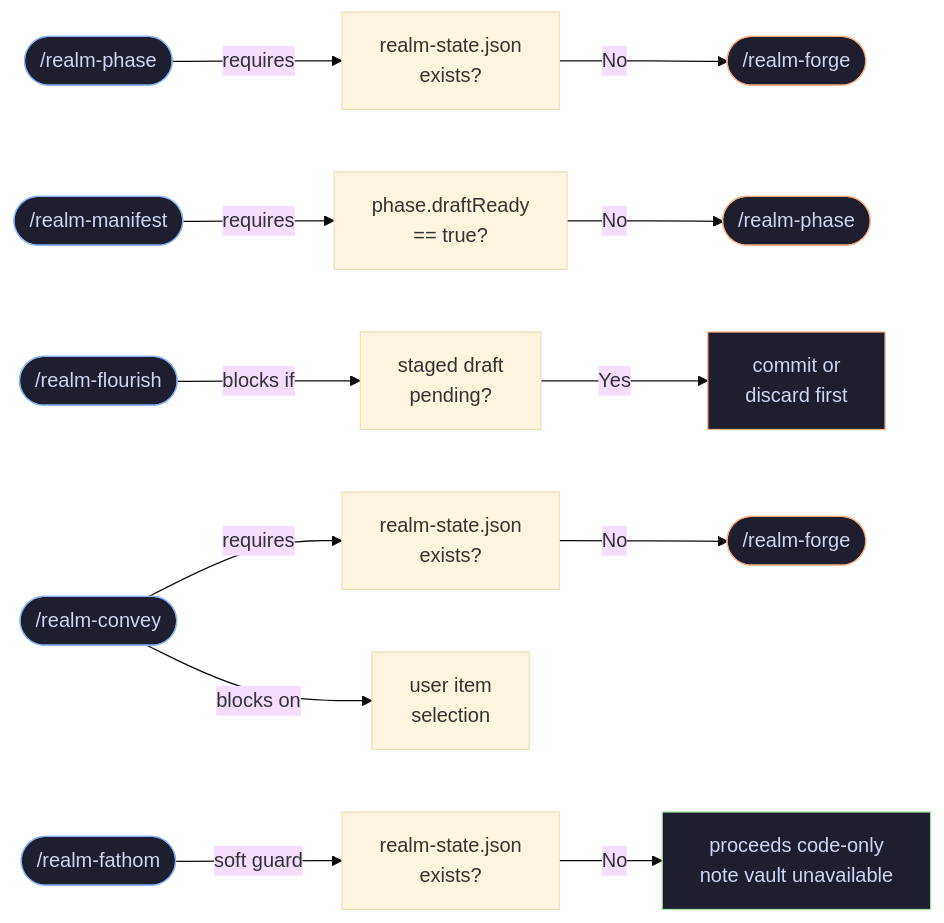
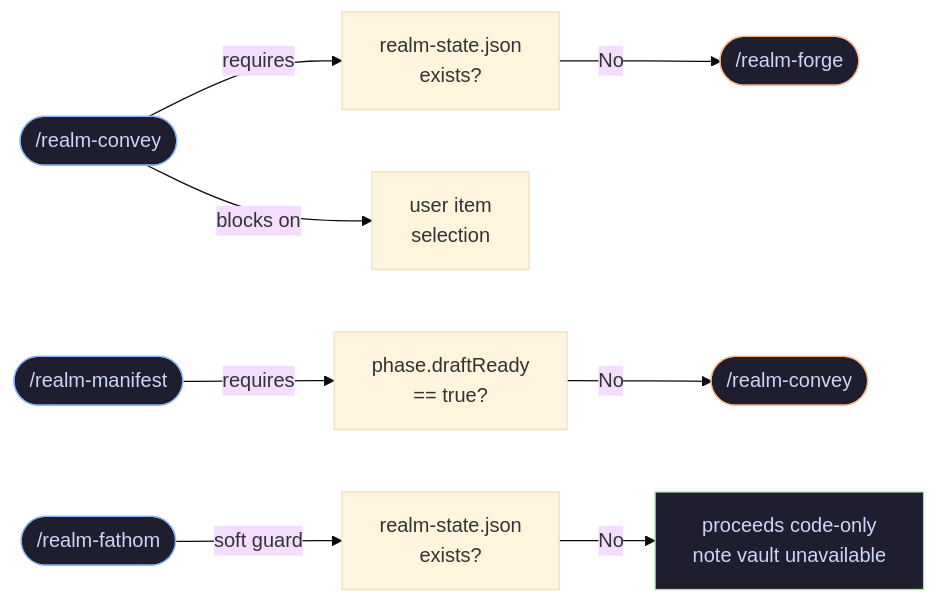
The ninth of 9 diagrams in VISUALS.md (blackmo18/realm), drawn with Mermaid (base theme) before and after one commit. The commit also changed other lines of this file and 19 other files, not shown here.

````diff
--- a/VISUALS.md
+++ b/VISUALS.md
@@ -233,22 +209,16 @@
 ```mermaid
 flowchart LR
-    P(["/realm-phase"]):::cmd -->|requires| RS["realm-state.json\nexists?"]
+    CV(["/realm-convey"]):::cmd -->|requires| RS["realm-state.json\nexists?"]
     RS -->|No| RI(["/realm-forge"]):::warn
+    CV -->|blocks on| USR["user item\nselection"]
 
     M(["/realm-manifest"]):::cmd -->|requires| DR["phase.draftReady\n== true?"]
-    DR -->|No| RP(["/realm-phase"]):::warn
-
-    F(["/realm-flourish"]):::cmd -->|blocks if| SD["staged draft\npending?"]
-    SD -->|Yes| CM["commit or\ndiscard first"]:::warn
-
-    CV(["/realm-convey"]):::cmd -->|requires| RS2["realm-state.json\nexists?"]
-    RS2 -->|No| RI2(["/realm-forge"]):::warn
-    CV -->|blocks on| USR["user item\nselection"]
+    DR -->|No| RC(["/realm-convey"]):::warn
 
     FT(["/realm-fathom"]):::cmd -->|soft guard| RS3["realm-state.json\nexists?"]
     RS3 -->|No| CO["proceeds code-only\nnote vault unavailable"]:::ok
 
     classDef cmd  fill:#1e1e2e,stroke:#89b4fa,color:#cdd6f4
     classDef warn fill:#1e1e2e,stroke:#fab387,color:#cdd6f4
     classDef ok   fill:#1e1e2e,stroke:#a6e3a1,color:#cdd6f4
 ```
````
